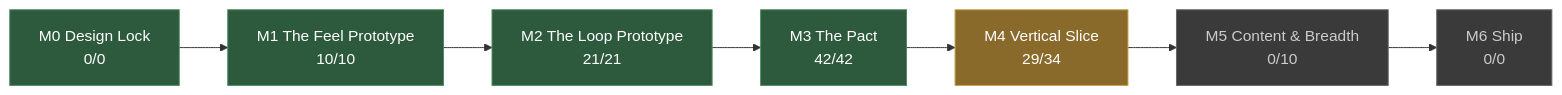
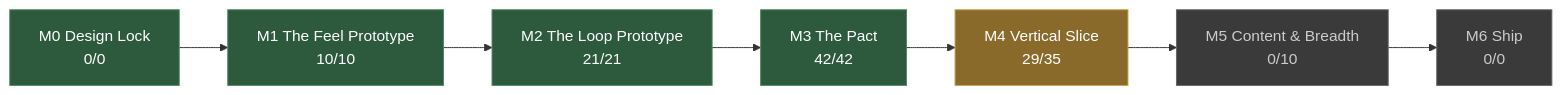
One commit to JoshuaGessner/she changed the diagram in docs/STATUS.md. Above: the diagram before and after it, drawn with Mermaid. The commit also changed other lines of this file and 6 other files, not shown here.

````diff
--- a/docs/STATUS.md
+++ b/docs/STATUS.md
@@ -13,19 +13,19 @@
 ```mermaid
 flowchart LR
   M0["M0 Design Lock<br/>0/0"]:::passed
   M1["M1 The Feel Prototype<br/>10/10"]:::passed
   M0 --> M1
   M2["M2 The Loop Prototype<br/>21/21"]:::passed
   M1 --> M2
   M3["M3 The Pact<br/>42/42"]:::passed
   M2 --> M3
-  M4["M4 Vertical Slice<br/>29/34"]:::current
+  M4["M4 Vertical Slice<br/>29/35"]:::current
   M3 --> M4
   M5["M5 Content & Breadth<br/>0/10"]:::ahead
   M4 --> M5
   M6["M6 Ship<br/>0/0"]:::ahead
   M5 --> M6
   classDef passed fill:#2d5a3d,stroke:#4a8a5f,color:#fff
   classDef current fill:#8a6a2a,stroke:#c8a04a,color:#fff
   classDef ahead fill:#3a3a3a,stroke:#666,color:#ccc
 ```
````
